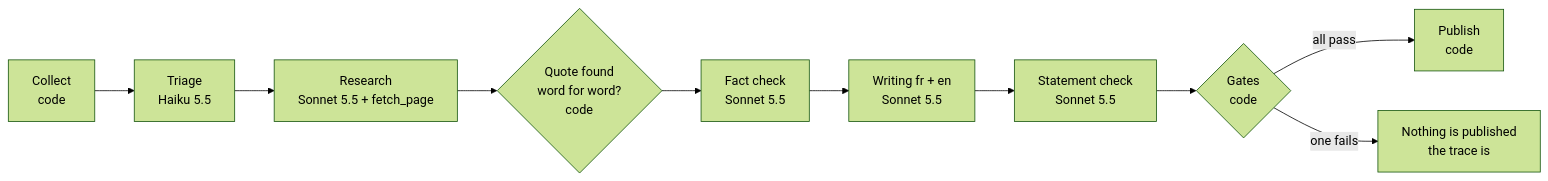
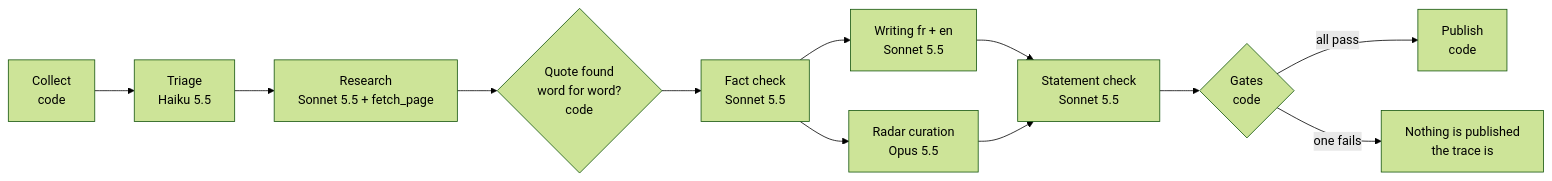
The diagram in README.md (BassemFd/ai-watch), drawn with Mermaid (forest theme) before and after one commit. The commit also changed other lines of this file and 12 other files, not shown here.

First line of the commit message:
feat(pipeline): étiquette « source primaire » et curateur du radar sur Opus 5.5

````diff
--- a/README.md
+++ b/README.md
@@ -11,12 +11,14 @@
 ```mermaid
 flowchart LR
   A[Collect<br/>code] --> B[Triage<br/>Haiku 5.5]
   B --> C[Research<br/>Sonnet 5.5 + fetch_page]
   C --> D{Quote found<br/>word for word?<br/>code}
   D --> E[Fact check<br/>Sonnet 5.5]
   E --> F[Writing fr + en<br/>Sonnet 5.5]
+  E --> R[Radar curation<br/>Opus 5.5]
   F --> G[Statement check<br/>Sonnet 5.5]
+  R --> G
   G --> H{Gates<br/>code}
   H -->|all pass| I[Publish<br/>code]
   H -->|one fails| J[Nothing is published<br/>the trace is]
 ```
````
